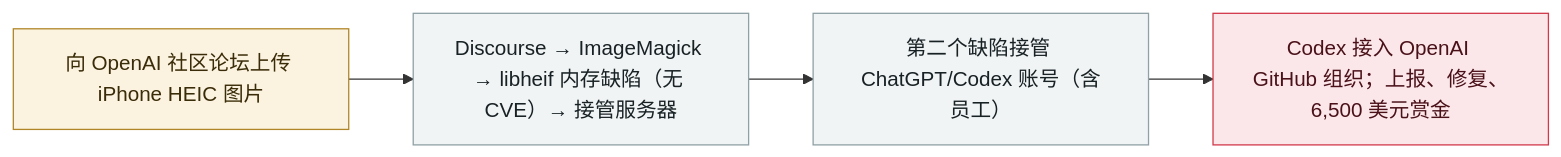
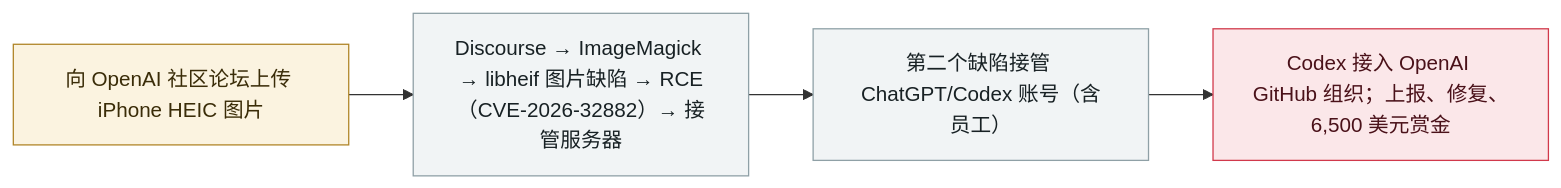
One commit to Continuum-AI-Corp/Orca-AI-Incident-Archive changed the diagram in incidents/i18n/zh/2026-09/2026-09-18-hacktron-claude-openai-hack.md. Above: the diagram before and after it, drawn with Mermaid. The commit also changed other lines of this file and 21 other files, not shown here.

````diff
--- a/incidents/i18n/zh/2026-09/2026-09-18-hacktron-claude-openai-hack.md
+++ b/incidents/i18n/zh/2026-09/2026-09-18-hacktron-claude-openai-hack.md
@@ -22,11 +22,11 @@
 ```mermaid
 flowchart LR
     E["向 OpenAI 社区论坛上传 iPhone HEIC 图片"]:::entry
-    S0["Discourse → ImageMagick → libheif 内存缺陷（无 CVE）→ 接管服务器"]:::step
+    S0["Discourse → ImageMagick → libheif 图片缺陷 → RCE（CVE-2026-32882）→ 接管服务器"]:::step
     S1["第二个缺陷接管 ChatGPT/Codex 账号（含员工）"]:::step
     I["Codex 接入 OpenAI GitHub 组织；上报、修复、6,500 美元赏金"]:::impact
     E --> S0 --> S1 --> I
     classDef entry  fill:#FBF3E0,stroke:#B08528,stroke-width:1px,color:#3A2C08;
     classDef step   fill:#F1F4F5,stroke:#8FA0A6,stroke-width:1px,color:#182124;
     classDef impact fill:#FBE7E9,stroke:#D1394B,stroke-width:1px,color:#4A1119;
 ```
````
